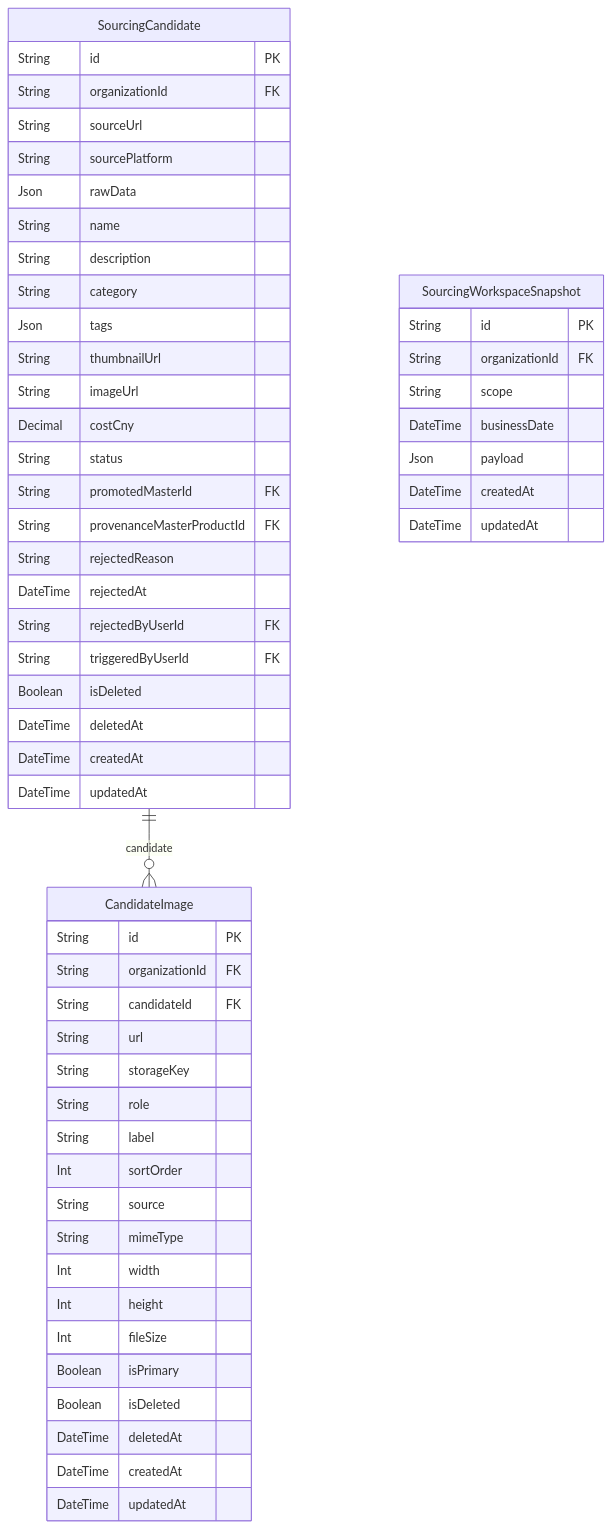
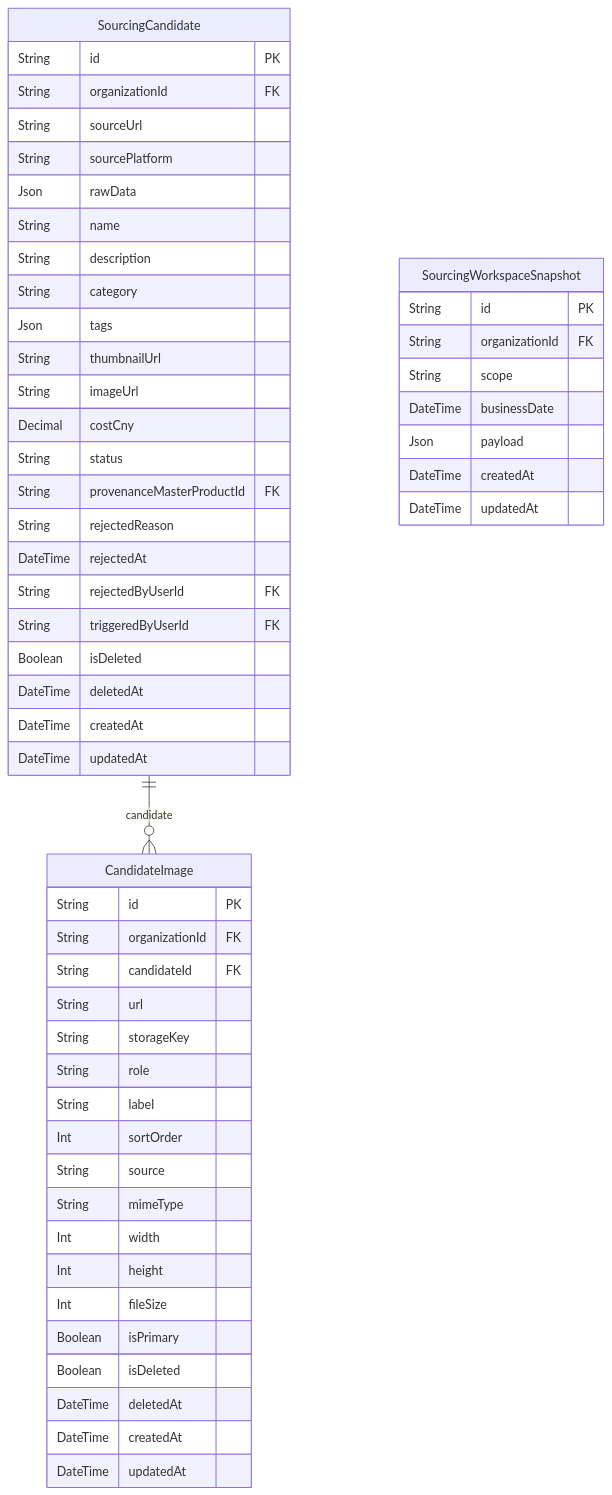
Before and after one commit to AgentFoundry-Labs/kiditem: the diagram in docs/erd/sourcing.md, drawn with Mermaid. The commit also changed other lines of this file and 33 other files, not shown here.

````diff
--- a/docs/erd/sourcing.md
+++ b/docs/erd/sourcing.md
@@ -18,58 +18,57 @@
 ```mermaid
 erDiagram
   CandidateImage {
     String id PK
     String organizationId FK
     String candidateId FK
     String url
     String storageKey
     String role
     String label
     Int sortOrder
     String source
     String mimeType
     Int width
     Int height
     Int fileSize
     Boolean isPrimary
     Boolean isDeleted
     DateTime deletedAt
     DateTime createdAt
     DateTime updatedAt
   }
   SourcingCandidate {
     String id PK
     String organizationId FK
     String sourceUrl
     String sourcePlatform
     Json rawData
     String name
     String description
     String category
     Json tags
     String thumbnailUrl
     String imageUrl
     Decimal costCny
     String status
-    String promotedMasterId FK
     String provenanceMasterProductId FK
     String rejectedReason
     DateTime rejectedAt
     String rejectedByUserId FK
     String triggeredByUserId FK
     Boolean isDeleted
     DateTime deletedAt
     DateTime createdAt
     DateTime updatedAt
   }
   SourcingWorkspaceSnapshot {
     String id PK
     String organizationId FK
     String scope
     DateTime businessDate
     Json payload
     DateTime createdAt
     DateTime updatedAt
   }
   SourcingCandidate ||--o{ CandidateImage : "candidate"
 ```
````
